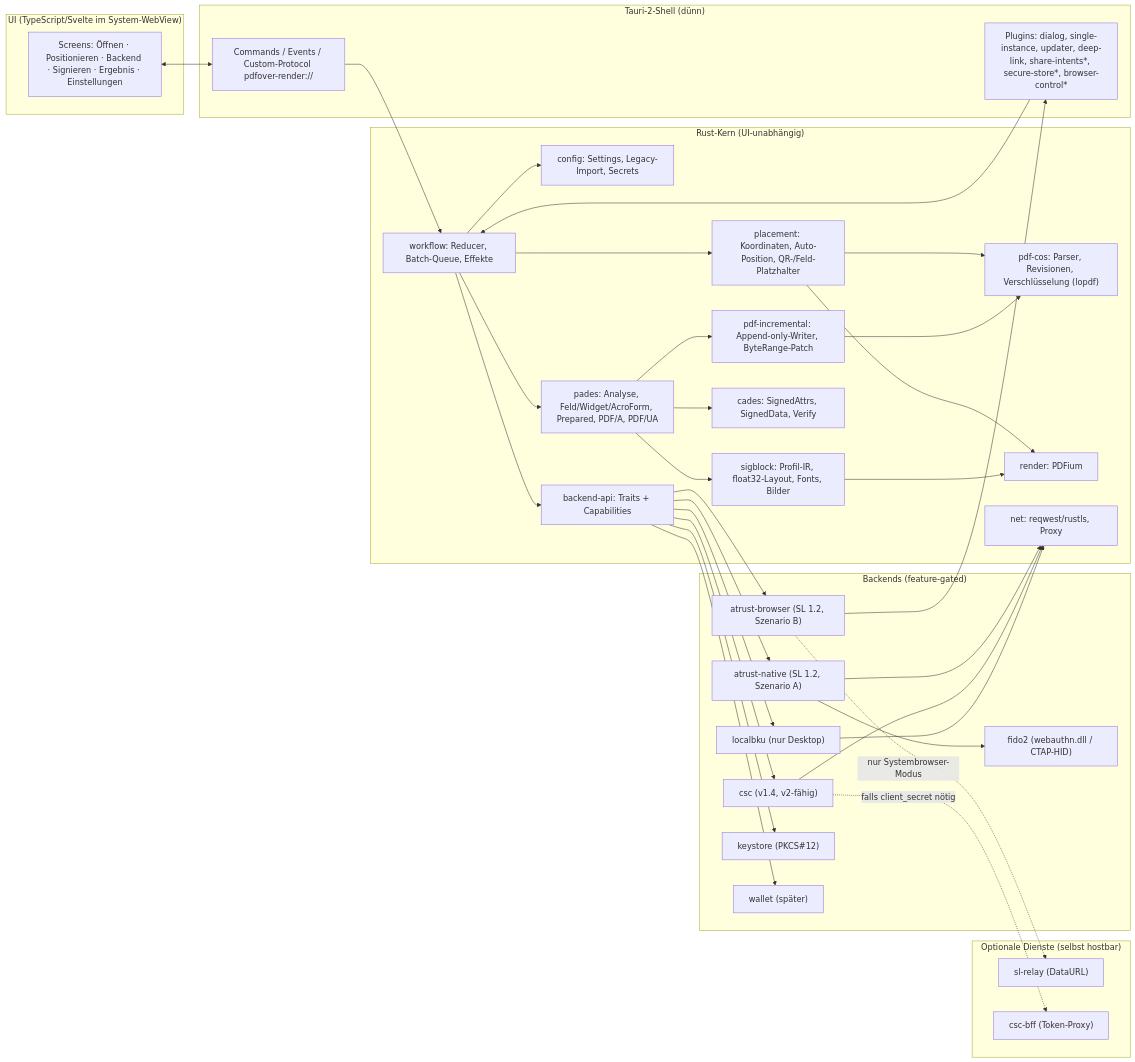
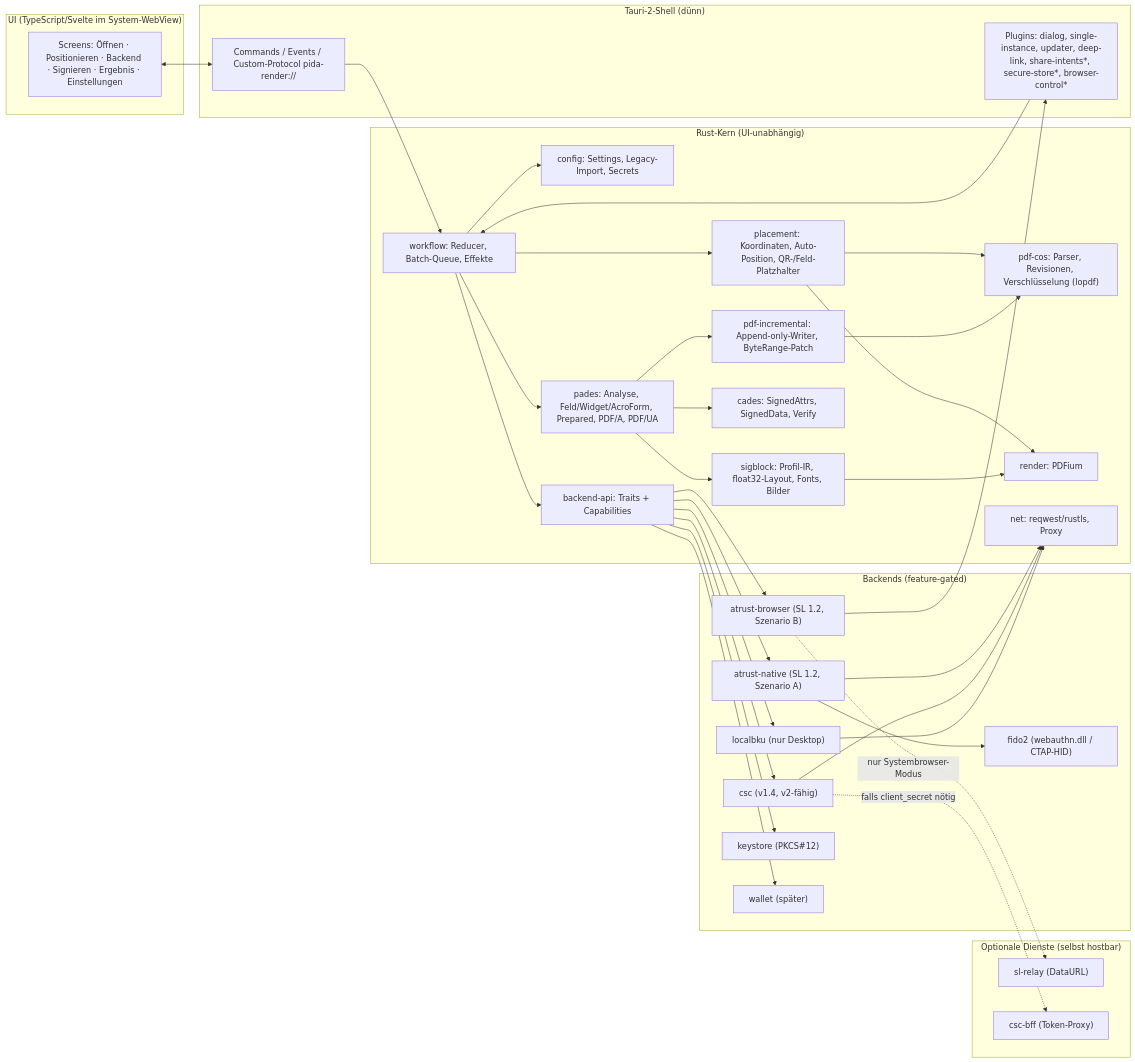
The diagram in docs/entwurf/vorschlag-risiko.md (ataub1/pida), drawn with Mermaid before and after one commit. The commit also changed other lines of this file and 377 other files, not shown here.

````diff
--- a/docs/entwurf/vorschlag-risiko.md
+++ b/docs/entwurf/vorschlag-risiko.md
@@ -80,63 +80,63 @@
 ```mermaid
 flowchart LR
   subgraph UI["UI (TypeScript/Svelte im System-WebView)"]
     SCR["Screens: Öffnen · Positionieren · Backend · Signieren · Ergebnis · Einstellungen"]
   end
   subgraph SHELL["Tauri-2-Shell (dünn)"]
-    CMD["Commands / Events / Custom-Protocol pdfover-render://"]
+    CMD["Commands / Events / Custom-Protocol pida-render://"]
     PLG["Plugins: dialog, single-instance, updater, deep-link, share-intents*, secure-store*, browser-control*"]
   end
   subgraph CORE["Rust-Kern (UI-unabhängig)"]
     WF["workflow: Reducer, Batch-Queue, Effekte"]
     CFG["config: Settings, Legacy-Import, Secrets"]
     PLC["placement: Koordinaten, Auto-Position, QR-/Feld-Platzhalter"]
     SB["sigblock: Profil-IR, float32-Layout, Fonts, Bilder"]
     PAD["pades: Analyse, Feld/Widget/AcroForm, Prepared, PDF/A, PDF/UA"]
     INC["pdf-incremental: Append-only-Writer, ByteRange-Patch"]
     COS["pdf-cos: Parser, Revisionen, Verschlüsselung (lopdf)"]
     CAD["cades: SignedAttrs, SignedData, Verify"]
     RND["render: PDFium"]
     API["backend-api: Traits + Capabilities"]
     NET["net: reqwest/rustls, Proxy"]
   end
   subgraph BE["Backends (feature-gated)"]
     BRW["atrust-browser (SL 1.2, Szenario B)"]
     NAT["atrust-native (SL 1.2, Szenario A)"]
     CSC["csc (v1.4, v2-fähig)"]
     BKU["localbku (nur Desktop)"]
     KS["keystore (PKCS#12)"]
     WAL["wallet (später)"]
     FID["fido2 (webauthn.dll / CTAP-HID)"]
   end
   subgraph SRV["Optionale Dienste (selbst hostbar)"]
     REL["sl-relay (DataURL)"]
     BFF["csc-bff (Token-Proxy)"]
   end
   SCR <--> CMD
   CMD --> WF
   PLG --> WF
   WF --> CFG
   WF --> PLC
   WF --> PAD
   WF --> API
   PLC --> RND
   PLC --> COS
   PAD --> SB
   PAD --> INC
   PAD --> CAD
   INC --> COS
   SB --> RND
   API --> BRW
   API --> NAT
   API --> CSC
   API --> BKU
   API --> KS
   API --> WAL
   BRW --> PLG
   BRW -.->|nur Systembrowser-Modus| REL
   NAT --> NET
   NAT --> FID
   CSC --> NET
   CSC -.->|falls client_secret nötig| BFF
   BKU --> NET
 ```
````
